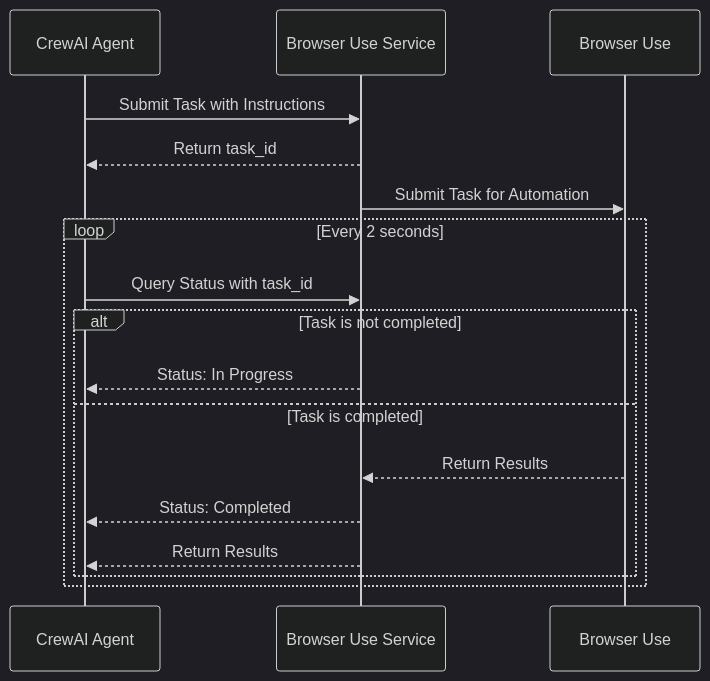
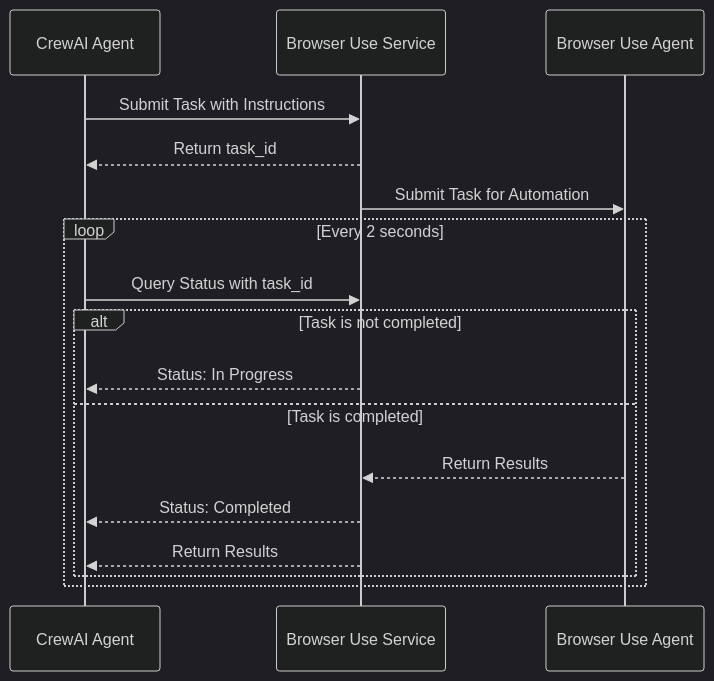
Before and after one commit to Erickrus/crewai_tools_browser_use: the diagram in README.md, drawn with Mermaid (dark theme). The commit also changed other lines of this file, not shown here.

````diff
--- a/README.md
+++ b/README.md
@@ -13,21 +13,21 @@
 ```mermaid
 sequenceDiagram
     participant CrewAI_Agent as CrewAI Agent
     participant BrowserUseService as Browser Use Service
-    participant BrowserUse as Browser Use
+    participant BrowserUseAgent as Browser Use Agent
 
     CrewAI_Agent->>BrowserUseService: Submit Task with Instructions
     BrowserUseService-->>CrewAI_Agent: Return task_id
 
-    BrowserUseService->>BrowserUse: Submit Task for Automation
+    BrowserUseService->>BrowserUseAgent: Submit Task for Automation
     loop Every 2 seconds
         CrewAI_Agent->>BrowserUseService: Query Status with task_id
         alt Task is not completed
             BrowserUseService-->>CrewAI_Agent: Status: In Progress
         else Task is completed
-            BrowserUse-->>BrowserUseService: Return Results
+            BrowserUseAgent-->>BrowserUseService: Return Results
             BrowserUseService-->>CrewAI_Agent: Status: Completed
             BrowserUseService-->>CrewAI_Agent: Return Results
         end
     end
 ```
````
